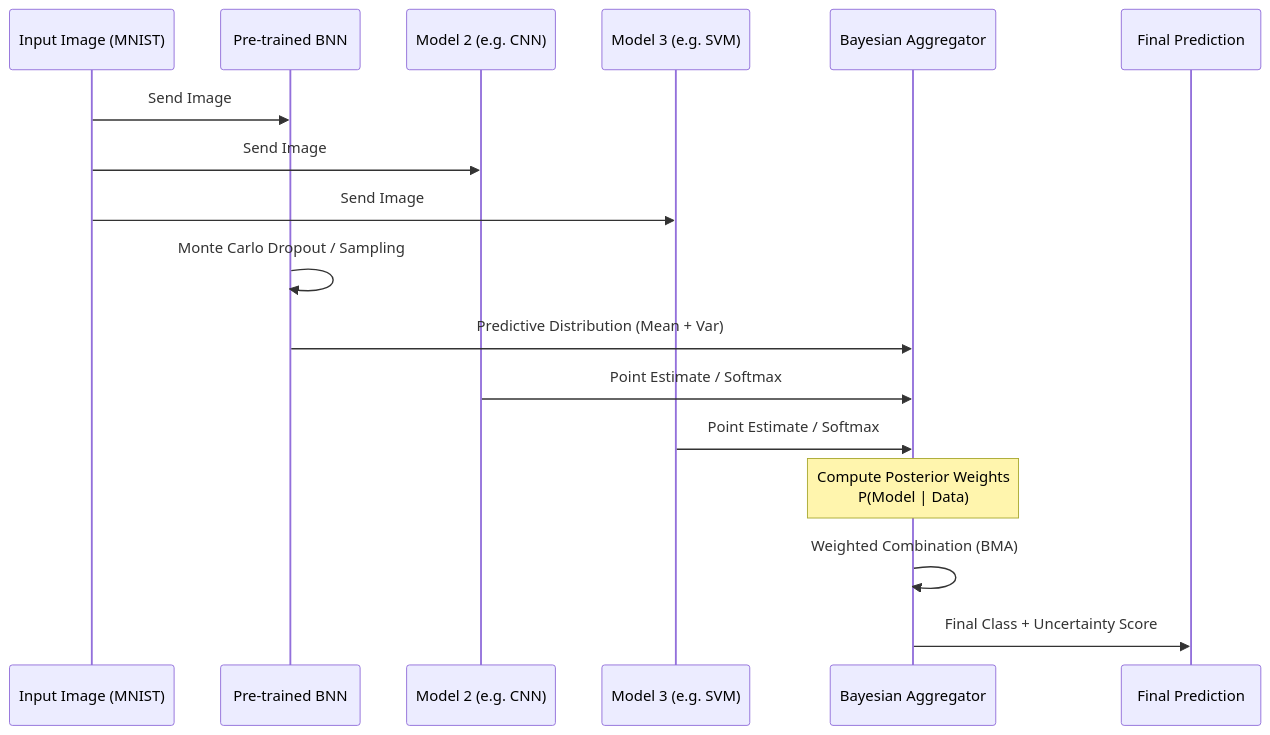
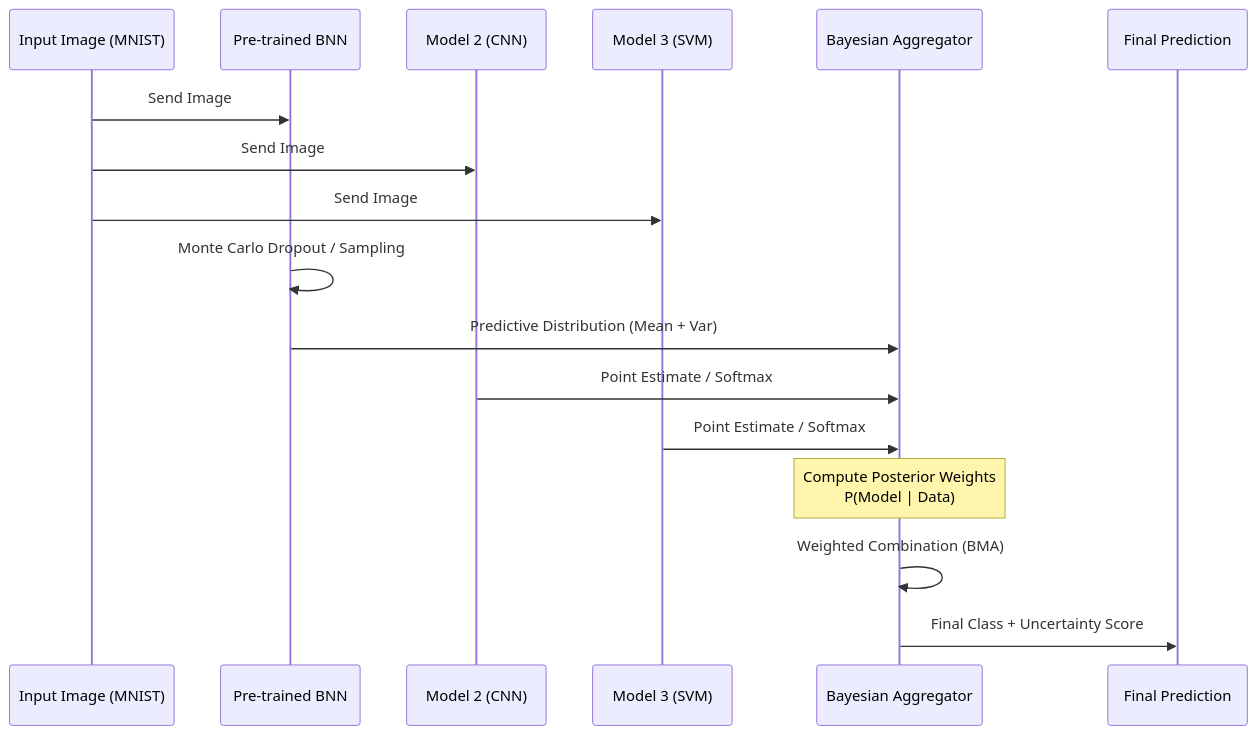
One commit to ngangakevin/learn-tensorflow changed the first of 2 diagrams in README.md. Above: the diagram before and after it, drawn with Mermaid. The commit also changed other lines of this file, not shown here.

````diff
--- a/README.md
+++ b/README.md
@@ -93,24 +94,24 @@
 ```Mermaid
 sequenceDiagram
     participant U as Input Image (MNIST)
     participant BNN as Pre-trained BNN
-    participant M2 as Model 2 (e.g. CNN)
-    participant M3 as Model 3 (e.g. SVM)
+    participant M2 as Model 2 (CNN)
+    participant M3 as Model 3 (SVM)
     participant BL as Bayesian Aggregator
     participant O as Final Prediction
 
     U->>BNN: Send Image
     U->>M2: Send Image
     U->>M3: Send Image
     
     BNN->>BNN: Monte Carlo Dropout / Sampling
     BNN->>BL: Predictive Distribution (Mean + Var)
     
     M2->>BL: Point Estimate / Softmax
     M3->>BL: Point Estimate / Softmax
     
     Note over BL: Compute Posterior Weights<br/>P(Model | Data)
     
     BL->>BL: Weighted Combination (BMA)
     BL->>O: Final Class + Uncertainty Score
 ```
````
